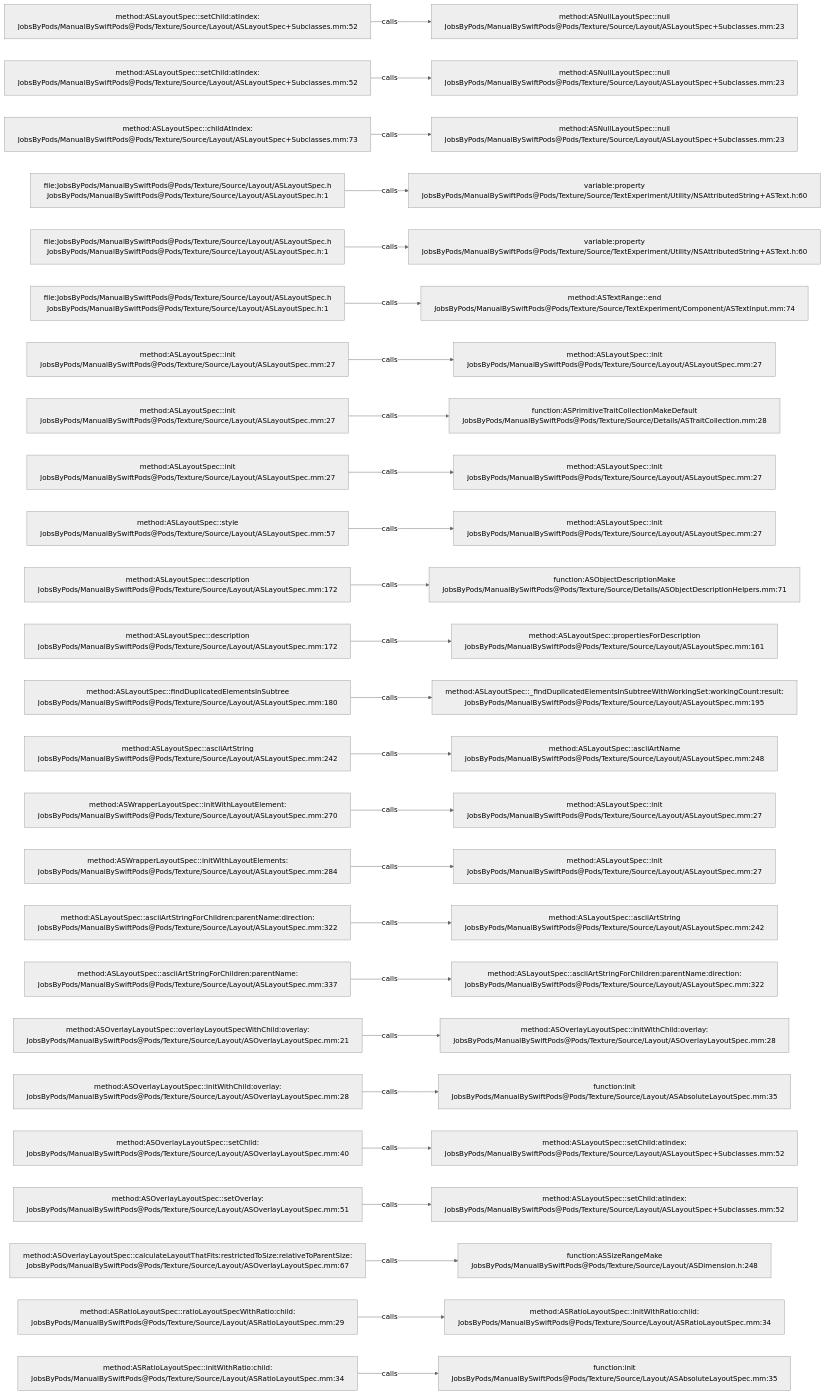
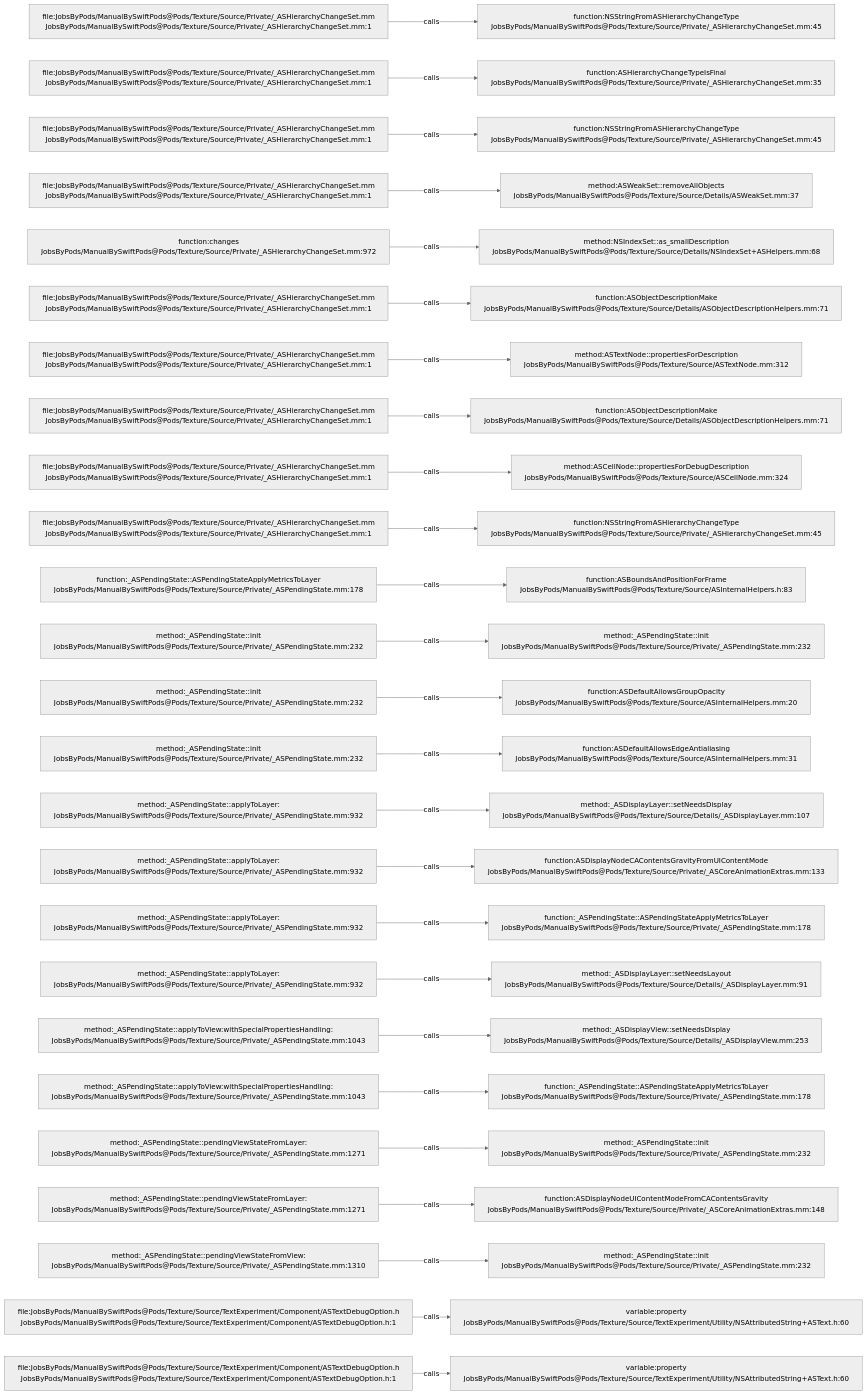
One commit to JobsKits/JobsSwiftBaseConfigDemo changed the diagram in .codegraph/codegraph.md/graphs/calls-130.md. Above: the diagram before and after it, drawn with Mermaid (neutral theme). The commit also changed 832 other files, not shown here.

````diff
--- a/.codegraph/codegraph.md/graphs/calls-130.md
+++ b/.codegraph/codegraph.md/graphs/calls-130.md
@@ -13,78 +13,78 @@
 ```mermaid
 flowchart LR
-  S1["method:ASLayoutSpec::setChild:atIndex:<br/>JobsByPods/ManualBySwiftPods@Pods/Texture/Source/Layout/ASLayoutSpec+Subclasses.mm:52"]
-  T1["method:ASNullLayoutSpec::null<br/>JobsByPods/ManualBySwiftPods@Pods/Texture/Source/Layout/ASLayoutSpec+Subclasses.mm:23"]
+  S1["file:JobsByPods/ManualBySwiftPods@Pods/Texture/Source/Private/_ASHierarchyChangeSet.mm<br/>JobsByPods/ManualBySwiftPods@Pods/Texture/Source/Private/_ASHierarchyChangeSet.mm:1"]
+  T1["function:NSStringFromASHierarchyChangeType<br/>JobsByPods/ManualBySwiftPods@Pods/Texture/Source/Private/_ASHierarchyChangeSet.mm:45"]
   S1 -->|calls| T1
-  S2["method:ASLayoutSpec::setChild:atIndex:<br/>JobsByPods/ManualBySwiftPods@Pods/Texture/Source/Layout/ASLayoutSpec+Subclasses.mm:52"]
-  T2["method:ASNullLayoutSpec::null<br/>JobsByPods/ManualBySwiftPods@Pods/Texture/Source/Layout/ASLayoutSpec+Subclasses.mm:23"]
+  S2["file:JobsByPods/ManualBySwiftPods@Pods/Texture/Source/Private/_ASHierarchyChangeSet.mm<br/>JobsByPods/ManualBySwiftPods@Pods/Texture/Source/Private/_ASHierarchyChangeSet.mm:1"]
+  T2["function:ASHierarchyChangeTypeIsFinal<br/>JobsByPods/ManualBySwiftPods@Pods/Texture/Source/Private/_ASHierarchyChangeSet.mm:35"]
   S2 -->|calls| T2
-  S3["method:ASLayoutSpec::childAtIndex:<br/>JobsByPods/ManualBySwiftPods@Pods/Texture/Source/Layout/ASLayoutSpec+Subclasses.mm:73"]
-  T3["method:ASNullLayoutSpec::null<br/>JobsByPods/ManualBySwiftPods@Pods/Texture/Source/Layout/ASLayoutSpec+Subclasses.mm:23"]
+  S3["file:JobsByPods/ManualBySwiftPods@Pods/Texture/Source/Private/_ASHierarchyChangeSet.mm<br/>JobsByPods/ManualBySwiftPods@Pods/Texture/Source/Private/_ASHierarchyChangeSet.mm:1"]
+  T3["function:NSStringFromASHierarchyChangeType<br/>JobsByPods/ManualBySwiftPods@Pods/Texture/Source/Private/_ASHierarchyChangeSet.mm:45"]
   S3 -->|calls| T3
-  S4["file:JobsByPods/ManualBySwiftPods@Pods/Texture/Source/Layout/ASLayoutSpec.h<br/>JobsByPods/ManualBySwiftPods@Pods/Texture/Source/Layout/ASLayoutSpec.h:1"]
-  T4["variable:property<br/>JobsByPods/ManualBySwiftPods@Pods/Texture/Source/TextExperiment/Utility/NSAttributedString+ASText.h:60"]
+  S4["file:JobsByPods/ManualBySwiftPods@Pods/Texture/Source/Private/_ASHierarchyChangeSet.mm<br/>JobsByPods/ManualBySwiftPods@Pods/Texture/Source/Private/_ASHierarchyChangeSet.mm:1"]
+  T4["method:ASWeakSet::removeAllObjects<br/>JobsByPods/ManualBySwiftPods@Pods/Texture/Source/Details/ASWeakSet.mm:37"]
   S4 -->|calls| T4
-  S5["file:JobsByPods/ManualBySwiftPods@Pods/Texture/Source/Layout/ASLayoutSpec.h<br/>JobsByPods/ManualBySwiftPods@Pods/Texture/Source/Layout/ASLayoutSpec.h:1"]
-  T5["variable:property<br/>JobsByPods/ManualBySwiftPods@Pods/Texture/Source/TextExperiment/Utility/NSAttributedString+ASText.h:60"]
+  S5["function:changes<br/>JobsByPods/ManualBySwiftPods@Pods/Texture/Source/Private/_ASHierarchyChangeSet.mm:972"]
+  T5["method:NSIndexSet::as_smallDescription<br/>JobsByPods/ManualBySwiftPods@Pods/Texture/Source/Details/NSIndexSet+ASHelpers.mm:68"]
   S5 -->|calls| T5
-  S6["file:JobsByPods/ManualBySwiftPods@Pods/Texture/Source/Layout/ASLayoutSpec.h<br/>JobsByPods/ManualBySwiftPods@Pods/Texture/Source/Layout/ASLayoutSpec.h:1"]
-  T6["method:ASTextRange::end<br/>JobsByPods/ManualBySwiftPods@Pods/Texture/Source/TextExperiment/Component/ASTextInput.mm:74"]
+  S6["file:JobsByPods/ManualBySwiftPods@Pods/Texture/Source/Private/_ASHierarchyChangeSet.mm<br/>JobsByPods/ManualBySwiftPods@Pods/Texture/Source/Private/_ASHierarchyChangeSet.mm:1"]
+  T6["function:ASObjectDescriptionMake<br/>JobsByPods/ManualBySwiftPods@Pods/Texture/Source/Details/ASObjectDescriptionHelpers.mm:71"]
   S6 -->|calls| T6
-  S7["method:ASLayoutSpec::init<br/>JobsByPods/ManualBySwiftPods@Pods/Texture/Source/Layout/ASLayoutSpec.mm:27"]
-  T7["method:ASLayoutSpec::init<br/>JobsByPods/ManualBySwiftPods@Pods/Texture/Source/Layout/ASLayoutSpec.mm:27"]
+  S7["file:JobsByPods/ManualBySwiftPods@Pods/Texture/Source/Private/_ASHierarchyChangeSet.mm<br/>JobsByPods/ManualBySwiftPods@Pods/Texture/Source/Private/_ASHierarchyChangeSet.mm:1"]
+  T7["method:ASTextNode::propertiesForDescription<br/>JobsByPods/ManualBySwiftPods@Pods/Texture/Source/ASTextNode.mm:312"]
   S7 -->|calls| T7
-  S8["method:ASLayoutSpec::init<br/>JobsByPods/ManualBySwiftPods@Pods/Texture/Source/Layout/ASLayoutSpec.mm:27"]
-  T8["function:ASPrimitiveTraitCollectionMakeDefault<br/>JobsByPods/ManualBySwiftPods@Pods/Texture/Source/Details/ASTraitCollection.mm:28"]
+  S8["file:JobsByPods/ManualBySwiftPods@Pods/Texture/Source/Private/_ASHierarchyChangeSet.mm<br/>JobsByPods/ManualBySwiftPods@Pods/Texture/Source/Private/_ASHierarchyChangeSet.mm:1"]
+  T8["function:ASObjectDescriptionMake<br/>JobsByPods/ManualBySwiftPods@Pods/Texture/Source/Details/ASObjectDescriptionHelpers.mm:71"]
   S8 -->|calls| T8
-  S9["method:ASLayoutSpec::init<br/>JobsByPods/ManualBySwiftPods@Pods/Texture/Source/Layout/ASLayoutSpec.mm:27"]
-  T9["method:ASLayoutSpec::init<br/>JobsByPods/ManualBySwiftPods@Pods/Texture/Source/Layout/ASLayoutSpec.mm:27"]
+  S9["file:JobsByPods/ManualBySwiftPods@Pods/Texture/Source/Private/_ASHierarchyChangeSet.mm<br/>JobsByPods/ManualBySwiftPods@Pods/Texture/Source/Private/_ASHierarchyChangeSet.mm:1"]
+  T9["method:ASCellNode::propertiesForDebugDescription<br/>JobsByPods/ManualBySwiftPods@Pods/Texture/Source/ASCellNode.mm:324"]
   S9 -->|calls| T9
-  S10["method:ASLayoutSpec::style<br/>JobsByPods/ManualBySwiftPods@Pods/Texture/Source/Layout/ASLayoutSpec.mm:57"]
-  T10["method:ASLayoutSpec::init<br/>JobsByPods/ManualBySwiftPods@Pods/Texture/Source/Layout/ASLayoutSpec.mm:27"]
+  S10["file:JobsByPods/ManualBySwiftPods@Pods/Texture/Source/Private/_ASHierarchyChangeSet.mm<br/>JobsByPods/ManualBySwiftPods@Pods/Texture/Source/Private/_ASHierarchyChangeSet.mm:1"]
+  T10["function:NSStringFromASHierarchyChangeType<br/>JobsByPods/ManualBySwiftPods@Pods/Texture/Source/Private/_ASHierarchyChangeSet.mm:45"]
   S10 -->|calls| T10
-  S11["method:ASLayoutSpec::description<br/>JobsByPods/ManualBySwiftPods@Pods/Texture/Source/Layout/ASLayoutSpec.mm:172"]
-  T11["function:ASObjectDescriptionMake<br/>JobsByPods/ManualBySwiftPods@Pods/Texture/Source/Details/ASObjectDescriptionHelpers.mm:71"]
+  S11["function:_ASPendingState::ASPendingStateApplyMetricsToLayer<br/>JobsByPods/ManualBySwiftPods@Pods/Texture/Source/Private/_ASPendingState.mm:178"]
+  T11["function:ASBoundsAndPositionForFrame<br/>JobsByPods/ManualBySwiftPods@Pods/Texture/Source/ASInternalHelpers.h:83"]
   S11 -->|calls| T11
-  S12["method:ASLayoutSpec::description<br/>JobsByPods/ManualBySwiftPods@Pods/Texture/Source/Layout/ASLayoutSpec.mm:172"]
-  T12["method:ASLayoutSpec::propertiesForDescription<br/>JobsByPods/ManualBySwiftPods@Pods/Texture/Source/Layout/ASLayoutSpec.mm:161"]
+  S12["method:_ASPendingState::init<br/>JobsByPods/ManualBySwiftPods@Pods/Texture/Source/Private/_ASPendingState.mm:232"]
+  T12["method:_ASPendingState::init<br/>JobsByPods/ManualBySwiftPods@Pods/Texture/Source/Private/_ASPendingState.mm:232"]
   S12 -->|calls| T12
-  S13["method:ASLayoutSpec::findDuplicatedElementsInSubtree<br/>JobsByPods/ManualBySwiftPods@Pods/Texture/Source/Layout/ASLayoutSpec.mm:180"]
-  T13["method:ASLayoutSpec::_findDuplicatedElementsInSubtreeWithWorkingSet:workingCount:result:<br/>JobsByPods/ManualBySwiftPods@Pods/Texture/Source/Layout/ASLayoutSpec.mm:195"]
+  S13["method:_ASPendingState::init<br/>JobsByPods/ManualBySwiftPods@Pods/Texture/Source/Private/_ASPendingState.mm:232"]
+  T13["function:ASDefaultAllowsGroupOpacity<br/>JobsByPods/ManualBySwiftPods@Pods/Texture/Source/ASInternalHelpers.mm:20"]
   S13 -->|calls| T13
-  S14["method:ASLayoutSpec::asciiArtString<br/>JobsByPods/ManualBySwiftPods@Pods/Texture/Source/Layout/ASLayoutSpec.mm:242"]
-  T14["method:ASLayoutSpec::asciiArtName<br/>JobsByPods/ManualBySwiftPods@Pods/Texture/Source/Layout/ASLayoutSpec.mm:248"]
+  S14["method:_ASPendingState::init<br/>JobsByPods/ManualBySwiftPods@Pods/Texture/Source/Private/_ASPendingState.mm:232"]
+  T14["function:ASDefaultAllowsEdgeAntialiasing<br/>JobsByPods/ManualBySwiftPods@Pods/Texture/Source/ASInternalHelpers.mm:31"]
   S14 -->|calls| T14
-  S15["method:ASWrapperLayoutSpec::initWithLayoutElement:<br/>JobsByPods/ManualBySwiftPods@Pods/Texture/Source/Layout/ASLayoutSpec.mm:270"]
-  T15["method:ASLayoutSpec::init<br/>JobsByPods/ManualBySwiftPods@Pods/Texture/Source/Layout/ASLayoutSpec.mm:27"]
+  S15["method:_ASPendingState::applyToLayer:<br/>JobsByPods/ManualBySwiftPods@Pods/Texture/Source/Private/_ASPendingState.mm:932"]
+  T15["method:_ASDisplayLayer::setNeedsDisplay<br/>JobsByPods/ManualBySwiftPods@Pods/Texture/Source/Details/_ASDisplayLayer.mm:107"]
   S15 -->|calls| T15
-  S16["method:ASWrapperLayoutSpec::initWithLayoutElements:<br/>JobsByPods/ManualBySwiftPods@Pods/Texture/Source/Layout/ASLayoutSpec.mm:284"]
-  T16["method:ASLayoutSpec::init<br/>JobsByPods/ManualBySwiftPods@Pods/Texture/Source/Layout/ASLayoutSpec.mm:27"]
+  S16["method:_ASPendingState::applyToLayer:<br/>JobsByPods/ManualBySwiftPods@Pods/Texture/Source/Private/_ASPendingState.mm:932"]
+  T16["function:ASDisplayNodeCAContentsGravityFromUIContentMode<br/>JobsByPods/ManualBySwiftPods@Pods/Texture/Source/Private/_ASCoreAnimationExtras.mm:133"]
   S16 -->|calls| T16
-  S17["method:ASLayoutSpec::asciiArtStringForChildren:parentName:direction:<br/>JobsByPods/ManualBySwiftPods@Pods/Texture/Source/Layout/ASLayoutSpec.mm:322"]
-  T17["method:ASLayoutSpec::asciiArtString<br/>JobsByPods/ManualBySwiftPods@Pods/Texture/Source/Layout/ASLayoutSpec.mm:242"]
+  S17["method:_ASPendingState::applyToLayer:<br/>JobsByPods/ManualBySwiftPods@Pods/Texture/Source/Private/_ASPendingState.mm:932"]
+  T17["function:_ASPendingState::ASPendingStateApplyMetricsToLayer<br/>JobsByPods/ManualBySwiftPods@Pods/Texture/Source/Private/_ASPendingState.mm:178"]
   S17 -->|calls| T17
-  S18["method:ASLayoutSpec::asciiArtStringForChildren:parentName:<br/>JobsByPods/ManualBySwiftPods@Pods/Texture/Source/Layout/ASLayoutSpec.mm:337"]
-  T18["method:ASLayoutSpec::asciiArtStringForChildren:parentName:direction:<br/>JobsByPods/ManualBySwiftPods@Pods/Texture/Source/Layout/ASLayoutSpec.mm:322"]
+  S18["method:_ASPendingState::applyToLayer:<br/>JobsByPods/ManualBySwiftPods@Pods/Texture/Source/Private/_ASPendingState.mm:932"]
+  T18["method:_ASDisplayLayer::setNeedsLayout<br/>JobsByPods/ManualBySwiftPods@Pods/Texture/Source/Details/_ASDisplayLayer.mm:91"]
   S18 -->|calls| T18
-  S19["method:ASOverlayLayoutSpec::overlayLayoutSpecWithChild:overlay:<br/>JobsByPods/ManualBySwiftPods@Pods/Texture/Source/Layout/ASOverlayLayoutSpec.mm:21"]
-  T19["method:ASOverlayLayoutSpec::initWithChild:overlay:<br/>JobsByPods/ManualBySwiftPods@Pods/Texture/Source/Layout/ASOverlayLayoutSpec.mm:28"]
+  S19["method:_ASPendingState::applyToView:withSpecialPropertiesHandling:<br/>JobsByPods/ManualBySwiftPods@Pods/Texture/Source/Private/_ASPendingState.mm:1043"]
+  T19["method:_ASDisplayView::setNeedsDisplay<br/>JobsByPods/ManualBySwiftPods@Pods/Texture/Source/Details/_ASDisplayView.mm:253"]
   S19 -->|calls| T19
-  S20["method:ASOverlayLayoutSpec::initWithChild:overlay:<br/>JobsByPods/ManualBySwiftPods@Pods/Texture/Source/Layout/ASOverlayLayoutSpec.mm:28"]
-  T20["function:init<br/>JobsByPods/ManualBySwiftPods@Pods/Texture/Source/Layout/ASAbsoluteLayoutSpec.mm:35"]
+  S20["method:_ASPendingState::applyToView:withSpecialPropertiesHandling:<br/>JobsByPods/ManualBySwiftPods@Pods/Texture/Source/Private/_ASPendingState.mm:1043"]
+  T20["function:_ASPendingState::ASPendingStateApplyMetricsToLayer<br/>JobsByPods/ManualBySwiftPods@Pods/Texture/Source/Private/_ASPendingState.mm:178"]
   S20 -->|calls| T20
-  S21["method:ASOverlayLayoutSpec::setChild:<br/>JobsByPods/ManualBySwiftPods@Pods/Texture/Source/Layout/ASOverlayLayoutSpec.mm:40"]
-  T21["method:ASLayoutSpec::setChild:atIndex:<br/>JobsByPods/ManualBySwiftPods@Pods/Texture/Source/Layout/ASLayoutSpec+Subclasses.mm:52"]
+  S21["method:_ASPendingState::pendingViewStateFromLayer:<br/>JobsByPods/ManualBySwiftPods@Pods/Texture/Source/Private/_ASPendingState.mm:1271"]
+  T21["method:_ASPendingState::init<br/>JobsByPods/ManualBySwiftPods@Pods/Texture/Source/Private/_ASPendingState.mm:232"]
   S21 -->|calls| T21
-  S22["method:ASOverlayLayoutSpec::setOverlay:<br/>JobsByPods/ManualBySwiftPods@Pods/Texture/Source/Layout/ASOverlayLayoutSpec.mm:51"]
-  T22["method:ASLayoutSpec::setChild:atIndex:<br/>JobsByPods/ManualBySwiftPods@Pods/Texture/Source/Layout/ASLayoutSpec+Subclasses.mm:52"]
+  S22["method:_ASPendingState::pendingViewStateFromLayer:<br/>JobsByPods/ManualBySwiftPods@Pods/Texture/Source/Private/_ASPendingState.mm:1271"]
+  T22["function:ASDisplayNodeUIContentModeFromCAContentsGravity<br/>JobsByPods/ManualBySwiftPods@Pods/Texture/Source/Private/_ASCoreAnimationExtras.mm:148"]
   S22 -->|calls| T22
-  S23["method:ASOverlayLayoutSpec::calculateLayoutThatFits:restrictedToSize:relativeToParentSize:<br/>JobsByPods/ManualBySwiftPods@Pods/Texture/Source/Layout/ASOverlayLayoutSpec.mm:67"]
-  T23["function:ASSizeRangeMake<br/>JobsByPods/ManualBySwiftPods@Pods/Texture/Source/Layout/ASDimension.h:248"]
+  S23["method:_ASPendingState::pendingViewStateFromView:<br/>JobsByPods/ManualBySwiftPods@Pods/Texture/Source/Private/_ASPendingState.mm:1310"]
+  T23["method:_ASPendingState::init<br/>JobsByPods/ManualBySwiftPods@Pods/Texture/Source/Private/_ASPendingState.mm:232"]
   S23 -->|calls| T23
-  S24["method:ASRatioLayoutSpec::ratioLayoutSpecWithRatio:child:<br/>JobsByPods/ManualBySwiftPods@Pods/Texture/Source/Layout/ASRatioLayoutSpec.mm:29"]
-  T24["method:ASRatioLayoutSpec::initWithRatio:child:<br/>JobsByPods/ManualBySwiftPods@Pods/Texture/Source/Layout/ASRatioLayoutSpec.mm:34"]
+  S24["file:JobsByPods/ManualBySwiftPods@Pods/Texture/Source/TextExperiment/Component/ASTextDebugOption.h<br/>JobsByPods/ManualBySwiftPods@Pods/Texture/Source/TextExperiment/Component/ASTextDebugOption.h:1"]
+  T24["variable:property<br/>JobsByPods/ManualBySwiftPods@Pods/Texture/Source/TextExperiment/Utility/NSAttributedString+ASText.h:60"]
   S24 -->|calls| T24
-  S25["method:ASRatioLayoutSpec::initWithRatio:child:<br/>JobsByPods/ManualBySwiftPods@Pods/Texture/Source/Layout/ASRatioLayoutSpec.mm:34"]
-  T25["function:init<br/>JobsByPods/ManualBySwiftPods@Pods/Texture/Source/Layout/ASAbsoluteLayoutSpec.mm:35"]
+  S25["file:JobsByPods/ManualBySwiftPods@Pods/Texture/Source/TextExperiment/Component/ASTextDebugOption.h<br/>JobsByPods/ManualBySwiftPods@Pods/Texture/Source/TextExperiment/Component/ASTextDebugOption.h:1"]
+  T25["variable:property<br/>JobsByPods/ManualBySwiftPods@Pods/Texture/Source/TextExperiment/Utility/NSAttributedString+ASText.h:60"]
   S25 -->|calls| T25
 ```
````
